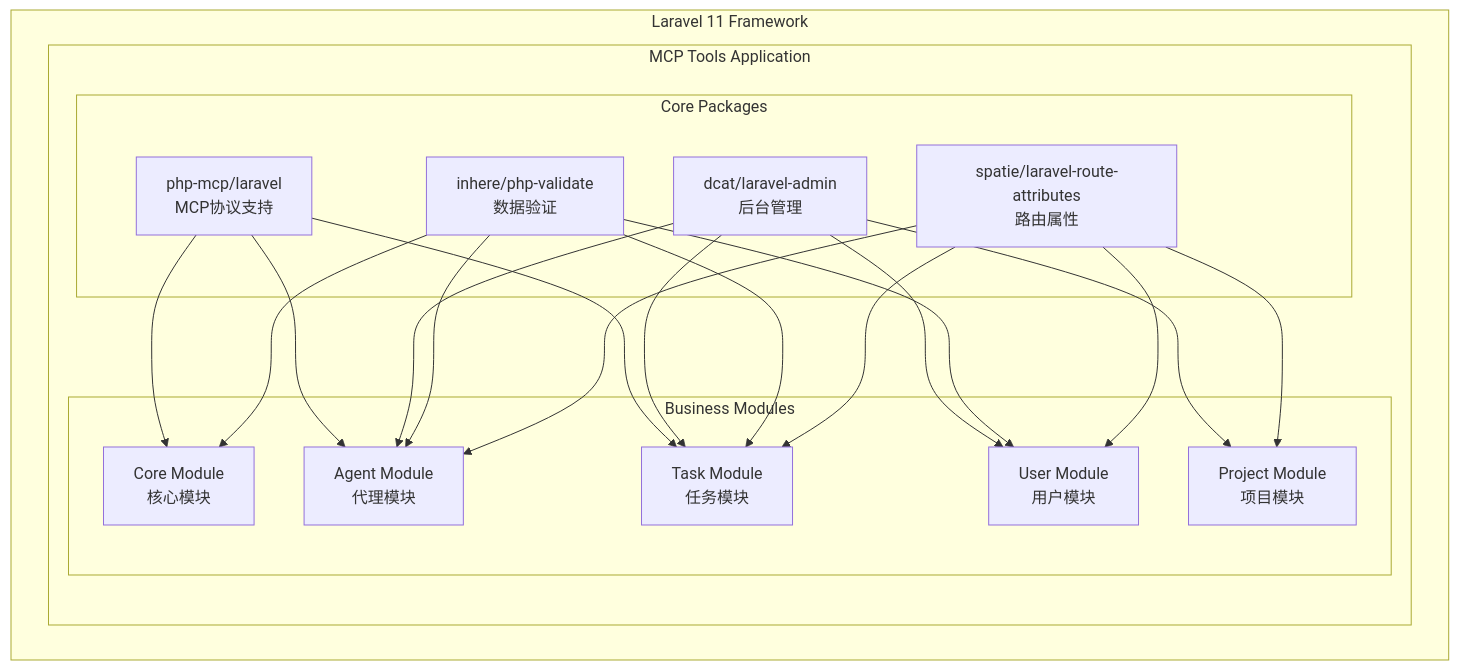
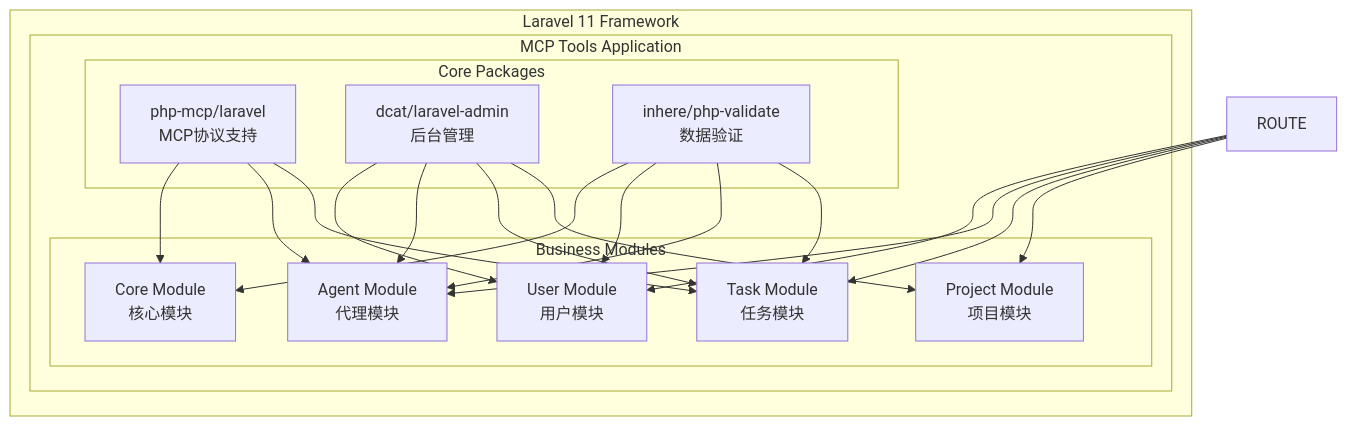
The diagram in docs/architecture/包功能总结.md (dongasai/mcp_tools), drawn with Mermaid before and after one commit. The commit also changed other lines of this file and 4 other files, not shown here.

Commit message:
彻底移除spatie-laravel-route-attributes包及其所有引用

````diff
--- a/docs/architecture/包功能总结.md
+++ b/docs/architecture/包功能总结.md
@@ -9,40 +9,39 @@
 ```mermaid
 graph TB
     subgraph "Laravel 11 Framework"
         subgraph "MCP Tools Application"
             subgraph "Core Packages"
                 MCP[php-mcp/laravel<br/>MCP协议支持]
                 ADMIN[dcat/laravel-admin<br/>后台管理]
                 VALIDATE[inhere/php-validate<br/>数据验证]
-                ROUTE[spatie/laravel-route-attributes<br/>路由属性]
             end
             
             subgraph "Business Modules"
                 CORE[Core Module<br/>核心模块]
                 USER[User Module<br/>用户模块]
                 AGENT[Agent Module<br/>代理模块]
                 TASK[Task Module<br/>任务模块]
                 PROJECT[Project Module<br/>项目模块]
             end
         end
     end
     
     MCP --> CORE
     MCP --> AGENT
     MCP --> TASK
     
     ADMIN --> USER
     ADMIN --> AGENT
     ADMIN --> TASK
     ADMIN --> PROJECT
     
     VALIDATE --> CORE
     VALIDATE --> USER
     VALIDATE --> AGENT
     VALIDATE --> TASK
     
     ROUTE --> USER
     ROUTE --> AGENT
     ROUTE --> TASK
     ROUTE --> PROJECT
 ```
````
